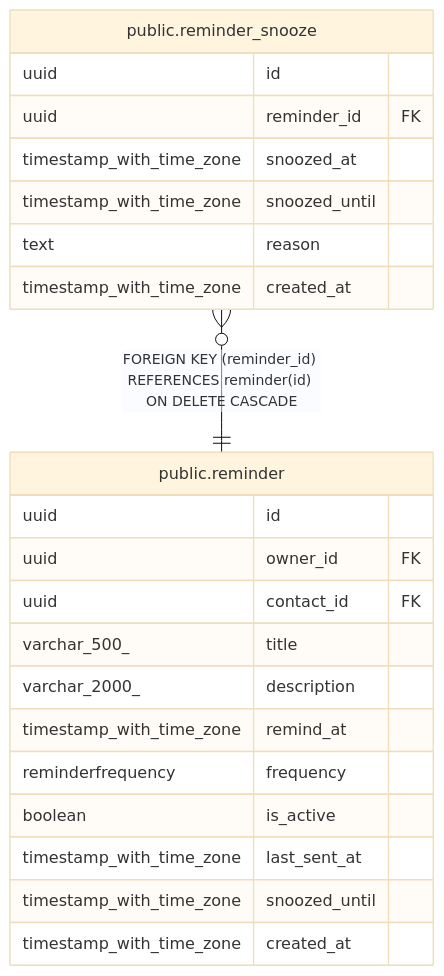
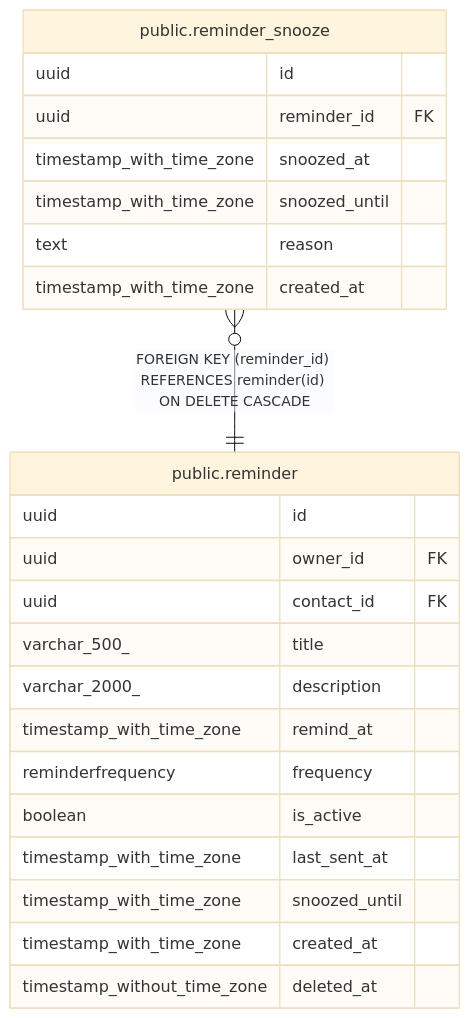
Before and after one commit to pike00/Kindred: the diagram in docs/db/public.reminder_snooze.md, drawn with Mermaid (base theme). The commit also changed 32 other files, not shown here.

Commit message:
docs: regenerate db schema docs (tbls) — sync with live schema

````diff
--- a/docs/db/public.reminder_snooze.md
+++ b/docs/db/public.reminder_snooze.md
@@ -36,27 +36,28 @@
 ```mermaid
 erDiagram
 
 "public.reminder_snooze" }o--|| "public.reminder" : "FOREIGN KEY (reminder_id) REFERENCES reminder(id) ON DELETE CASCADE"
 
 "public.reminder_snooze" {
   uuid id
   uuid reminder_id FK
   timestamp_with_time_zone snoozed_at
   timestamp_with_time_zone snoozed_until
   text reason
   timestamp_with_time_zone created_at
 }
 "public.reminder" {
   uuid id
   uuid owner_id FK
   uuid contact_id FK
   varchar_500_ title
   varchar_2000_ description
   timestamp_with_time_zone remind_at
   reminderfrequency frequency
   boolean is_active
   timestamp_with_time_zone last_sent_at
   timestamp_with_time_zone snoozed_until
   timestamp_with_time_zone created_at
+  timestamp_without_time_zone deleted_at
 }
 ```
````
